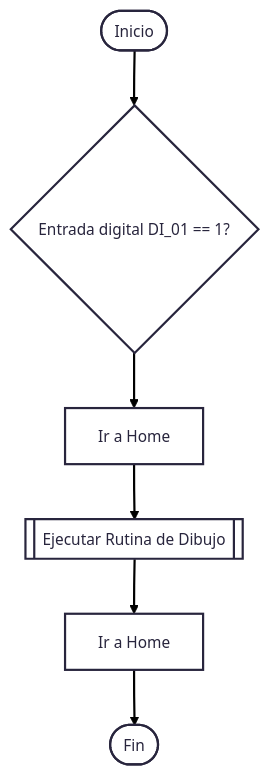
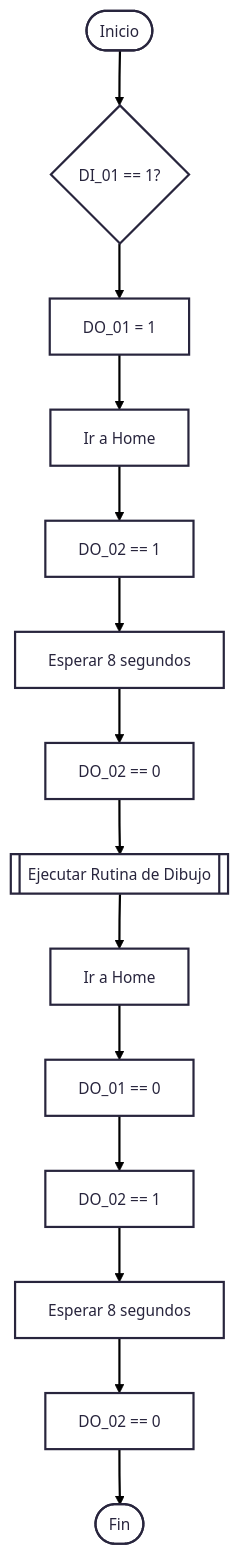
One commit to MariaLuciaArias/Robotica-2025-I---Laboratorio-No.-02 changed the diagram in README.md. Above: the diagram before and after it, drawn with Mermaid.

````diff
--- a/README.md
+++ b/README.md
@@ -36,14 +36,23 @@
 ```mermaid
 ---
 config:
   theme: redux
 ---
 flowchart TD
-    A(["Inicio"]) --> B{"Entrada digital DI_01 == 1?"}
-    B --> C["Ir a Home"]
-    C --> n2["Ejecutar Rutina de Dibujo"]
-    n2 --> n3["Ir a Home"]
-    n3 --> n4["Fin"]
+    A(["Inicio"]) --> B{"DI_01 == 1?"}
+    n2["Ejecutar Rutina de Dibujo"] --> n3["Ir a Home"]
+    B --> n5["DO_01 = 1"]
+    n5 --> C["Ir a Home"]
+    C --> n6["DO_02 == 1"]
+    n6 --> n7["Esperar 8 segundos"]
+    n7 --> n8["DO_02 == 0"]
+    n8 --> n2
+    n3 --> n9["DO_01 == 0"]
+    n9 --> n10["DO_02 == 1"]
+    n10 --> n11["Esperar 8 segundos"]
+    n11 --> n12["DO_02 == 0"]
+    n12 --> n4["Fin"]
     n2@{ shape: subproc}
     n4@{ shape: terminal}
+
 ```
````
